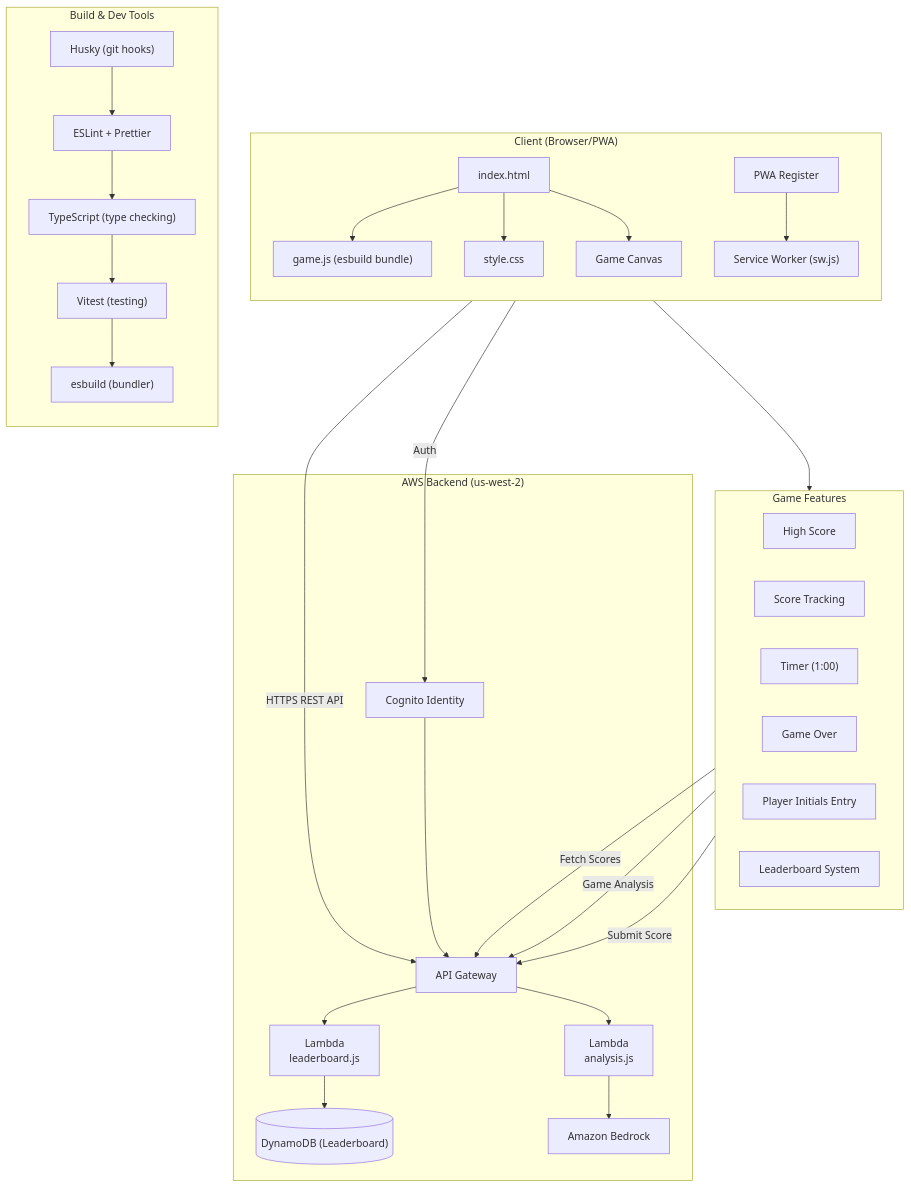
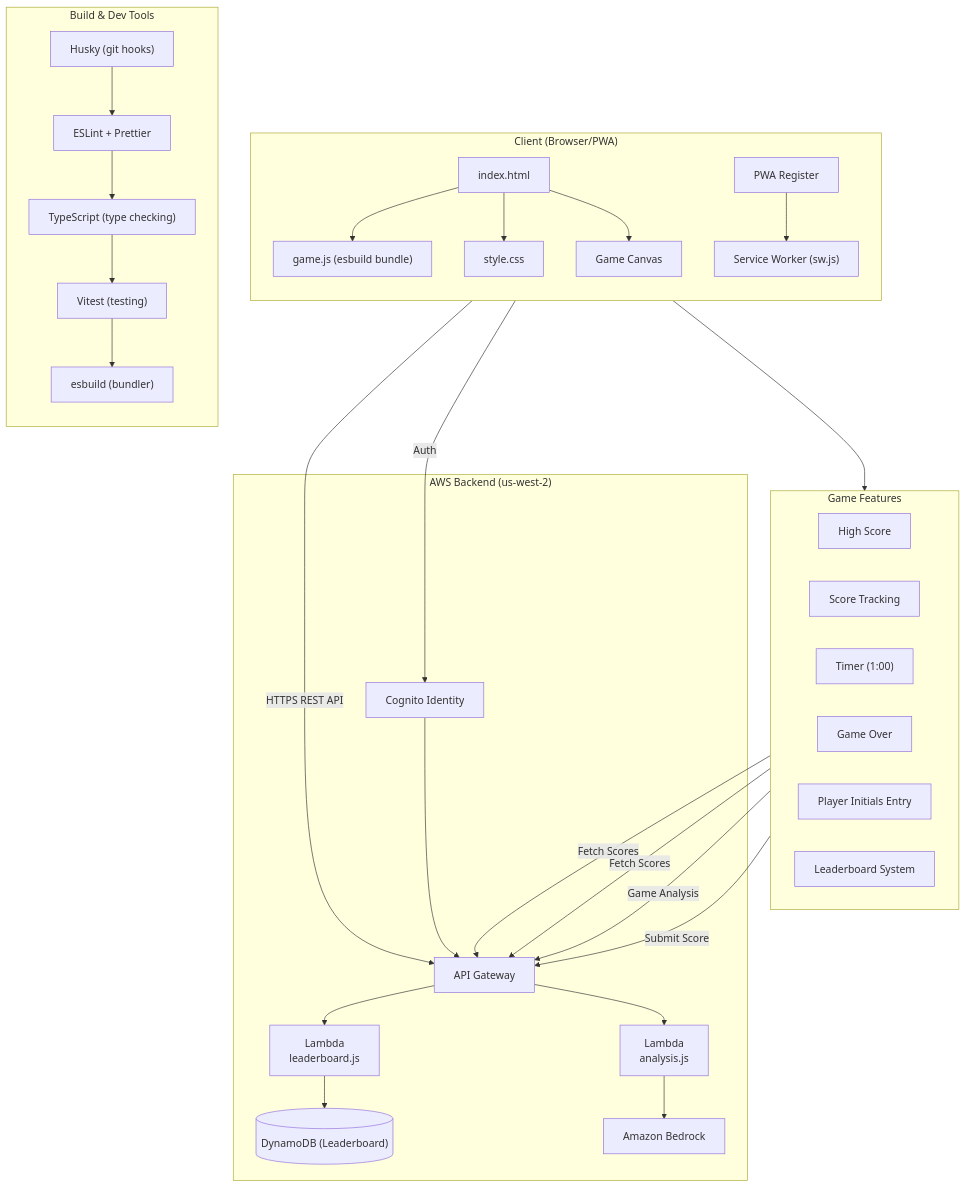
One commit to bstraehle/ai-horizon changed the diagram in docs/architecture.mmd. Above: the diagram before and after it, drawn with Mermaid. The commit also changed 1 other file, not shown here.

Commit message:
Update Mermaid diagram

```diff
--- a/docs/architecture.mmd
+++ b/docs/architecture.mmd
@@ -1,97 +1,98 @@
 ---
 query: In the attached diagram, draw a line from "Player Initials Entry" to "API
   Gateway" for "Persist Initials"
 references:
   - "File: /docs/architecture.mmd"
   - >+
     Reference: <agents>
 
     Here is a list of agents that can be used when running a subagent.
 
     Each agent has optionally a description with the agent's purpose and
     expertise. When asked to run a subagent, choose the most appropriate agent
     from this list.
 
     Use the #tool:agent/runSubagent tool with the agent name to run the
     subagent.
 
     <agent>
 
     <name>Explore</name>
 
     <description>Fast read-only codebase exploration and Q&A subagent. Prefer
     over manually chaining multiple search and file-reading operations to avoid
     cluttering the main conversation. Safe to call in parallel. Specify
     thoroughness: quick, medium, or thorough.</description>
 
     <argumentHint>Describe WHAT you're looking for and desired thoroughness
     (quick/medium/thorough)</argumentHint>
 
     </agent>
 
     </agents>
 
 generationTime: 2026-04-20T03:02:14.439Z
 ---
 flowchart TB
     subgraph Client ["Client (Browser/PWA)"]
         direction TB
         HTML["index.html"]
         JS["game.js (esbuild bundle)"]
         CSS["style.css"]
         SW["Service Worker (sw.js)"]
         PWA["PWA Register"]
         Canvas["Game Canvas"]
 
         HTML --> JS
         HTML --> CSS
         HTML --> Canvas
         PWA --> SW
     end
 
     subgraph BuildTools ["Build & Dev Tools"]
         direction TB
         Husky["Husky (git hooks)"]
         ESLint["ESLint + Prettier"]
         TypeScript["TypeScript (type checking)"]
         Vitest["Vitest (testing)"]
         ESBuild["esbuild (bundler)"]
 
         Husky --> ESLint
         ESLint --> TypeScript
         TypeScript --> Vitest
         Vitest --> ESBuild
     end
 
     subgraph AWS ["AWS Backend (us-west-2)"]
         APIGW["API Gateway"]
         Cognito["Cognito Identity"]
         LeaderboardLambda["Lambda\nleaderboard.js"]
         AnalysisLambda["Lambda\nanalysis.js"]
         Bedrock["Amazon Bedrock"]
         DynamoDB[("DynamoDB (Leaderboard)")]
 
         APIGW --> LeaderboardLambda
         APIGW --> AnalysisLambda
         LeaderboardLambda --> DynamoDB
         AnalysisLambda --> Bedrock
         Cognito --> APIGW
     end
 
     JS -->|"HTTPS REST API"| APIGW
     JS -->|"Auth"| Cognito
 
     subgraph GameFeatures ["Game Features"]
         direction LR
         HighScore["High Score"]
         Score["Score Tracking"]
         Timer["Timer (1:00)"]
         GameOver["Game Over"]
         Initials["Player Initials Entry"]
         Leaderboard["Leaderboard System"]
     end
 
     Canvas --> GameFeatures
+    HighScore -->|"Fetch Scores"| APIGW
     Leaderboard -->|"Fetch Scores"| APIGW
     GameOver -->|"Game Analysis"| APIGW
     Initials -->|"Submit Score"| APIGW
```
